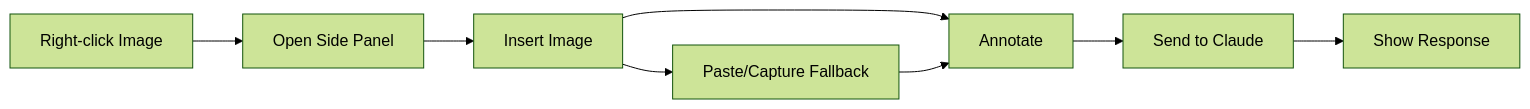
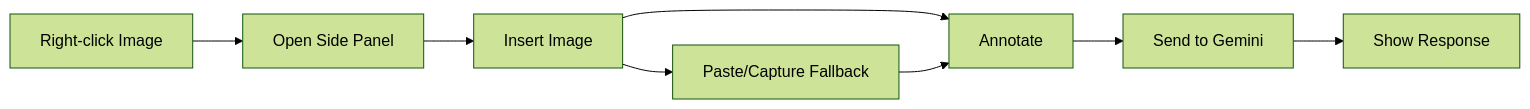
The fourth of 5 diagrams in docs/specs/001-ai-annotation-extension/solution-design.md (Hungbk295/Lala_banana), drawn with Mermaid (forest theme) before and after one commit. The commit also changed other lines of this file and 6 other files, not shown here.

````diff
--- a/docs/specs/001-ai-annotation-extension/solution-design.md
+++ b/docs/specs/001-ai-annotation-extension/solution-design.md
@@ -590,10 +634,10 @@
 ```mermaid
 flowchart LR
     A[Right-click Image] --> B[Open Side Panel]
     B --> C[Insert Image]
     C --> D[Annotate]
-    D --> E[Send to Claude]
+    D --> E[Send to Gemini]
     E --> F[Show Response]
     C --> G[Paste/Capture Fallback]
     G --> D
 ```
````
